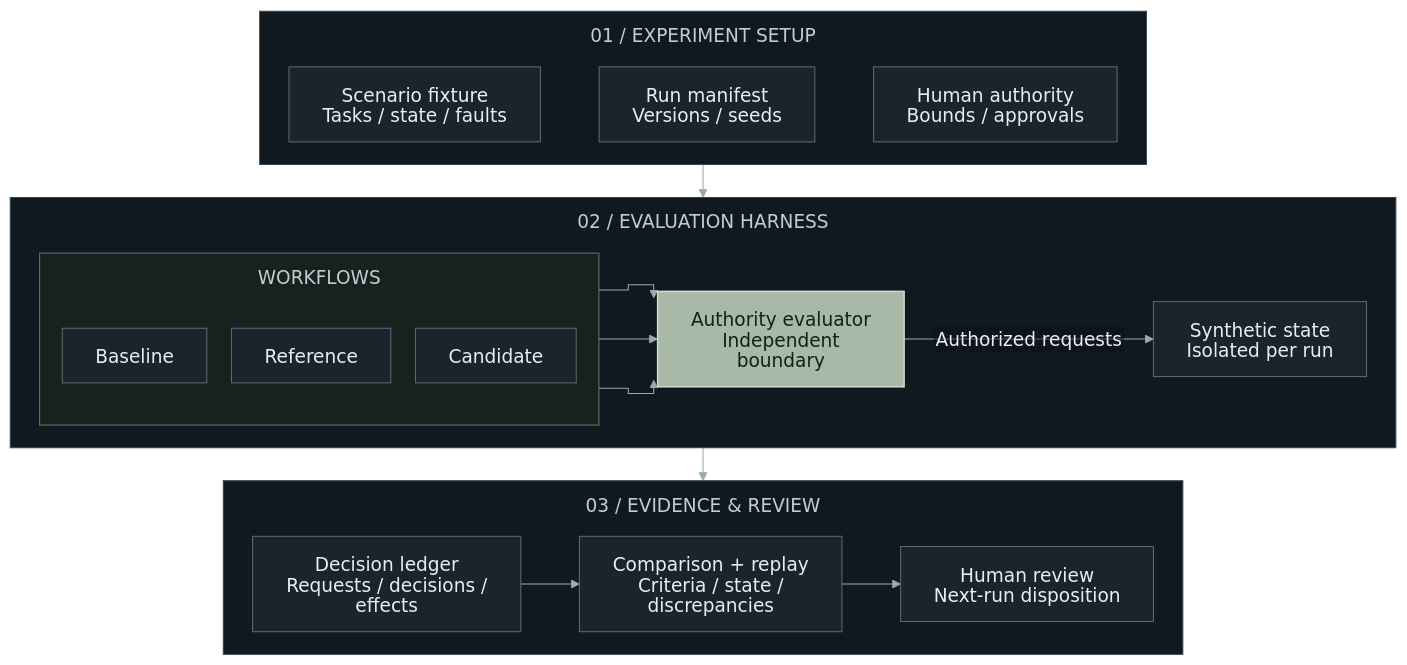
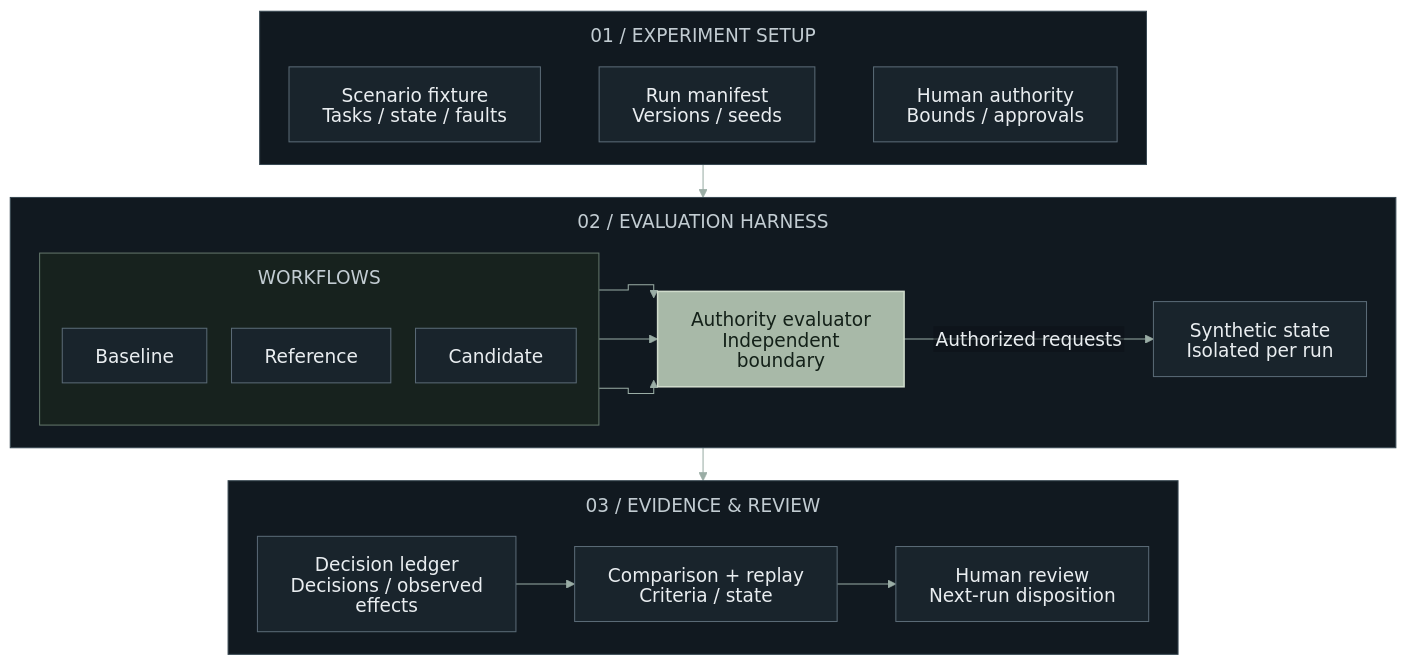
The diagram in README.md (endrhq/.github), drawn with Mermaid before and after one commit. The commit also changed 2 other files, not shown here.

Commit message:
Polish architecture labels and maintain layout guidance

````diff
--- a/README.md
+++ b/README.md
@@ -19,37 +19,37 @@
 ```mermaid
 %%{init: {"theme":"base","themeVariables":{"fontFamily":"Arial, Helvetica, sans-serif","fontSize":"18px","primaryColor":"#19242c","primaryTextColor":"#e9edf0","primaryBorderColor":"#5a6a76","lineColor":"#9aada5","clusterBkg":"#111920","clusterBorder":"#384852","titleColor":"#c2ccd2","edgeLabelBackground":"#0d1117"},"htmlLabels":false,"flowchart":{"htmlLabels":false,"curve":"stepAfter","nodeSpacing":24,"rankSpacing":32,"padding":16,"subGraphTitleMargin":{"top":12,"bottom":20}}}}%%
 flowchart TB
     accTitle: endr — Systems research architecture
     accDescr: Three layers show experiment setup, the evaluation harness, and evidence with human review. Requests are evaluated independently against human-defined authority. Synthetic requests, decisions, and observed effects feed comparison and replay.
 
     subgraph SETUP["01 / EXPERIMENT SETUP"]
         direction LR
         SCENARIO["Scenario fixture<br/>Tasks / state / faults"] ~~~ MANIFEST["Run manifest<br/>Versions / seeds"] ~~~ AUTHORITY["Human authority<br/>Bounds / approvals"]
     end
 
     subgraph HARNESS["02 / EVALUATION HARNESS"]
         direction LR
         subgraph WORKFLOWS["WORKFLOWS"]
             direction TB
             BASELINE["Baseline"]
             REFERENCE["Reference"]
             CANDIDATE["Candidate"]
         end
         EVALUATOR["Authority evaluator<br/>Independent boundary"]
         STATE["Synthetic state<br/>Isolated per run"]
         BASELINE & REFERENCE & CANDIDATE --> EVALUATOR
         EVALUATOR -->|Authorized requests| STATE
     end
 
     subgraph EVIDENCE["03 / EVIDENCE & REVIEW"]
         direction LR
-        LEDGER["Decision ledger<br/>Requests / decisions / effects"] --> ANALYSIS["Comparison + replay<br/>Criteria / state / discrepancies"] --> REVIEW["Human review<br/>Next-run disposition"]
+        LEDGER["Decision ledger<br/>Decisions / observed effects"] --> ANALYSIS["Comparison + replay<br/>Criteria / state"] --> REVIEW["Human review<br/>Next-run disposition"]
     end
 
     SETUP --> HARNESS
     HARNESS --> EVIDENCE
 
     classDef boundary fill:#a8b9a8,stroke:#cfdbcb,color:#142119,stroke-width:1.5px
     class EVALUATOR boundary
     style WORKFLOWS fill:#17221e,stroke:#62756a,color:#c8d6cc
 ```
````
